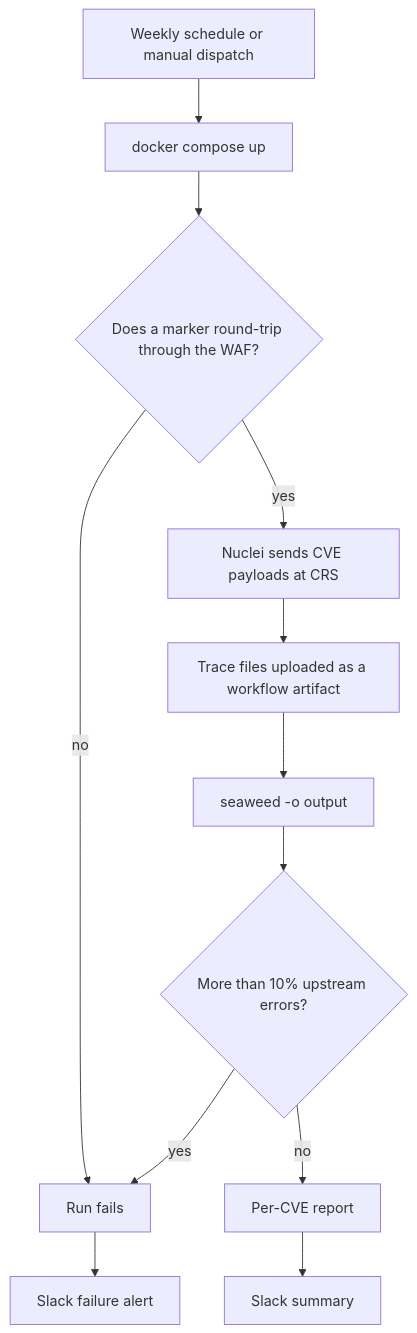
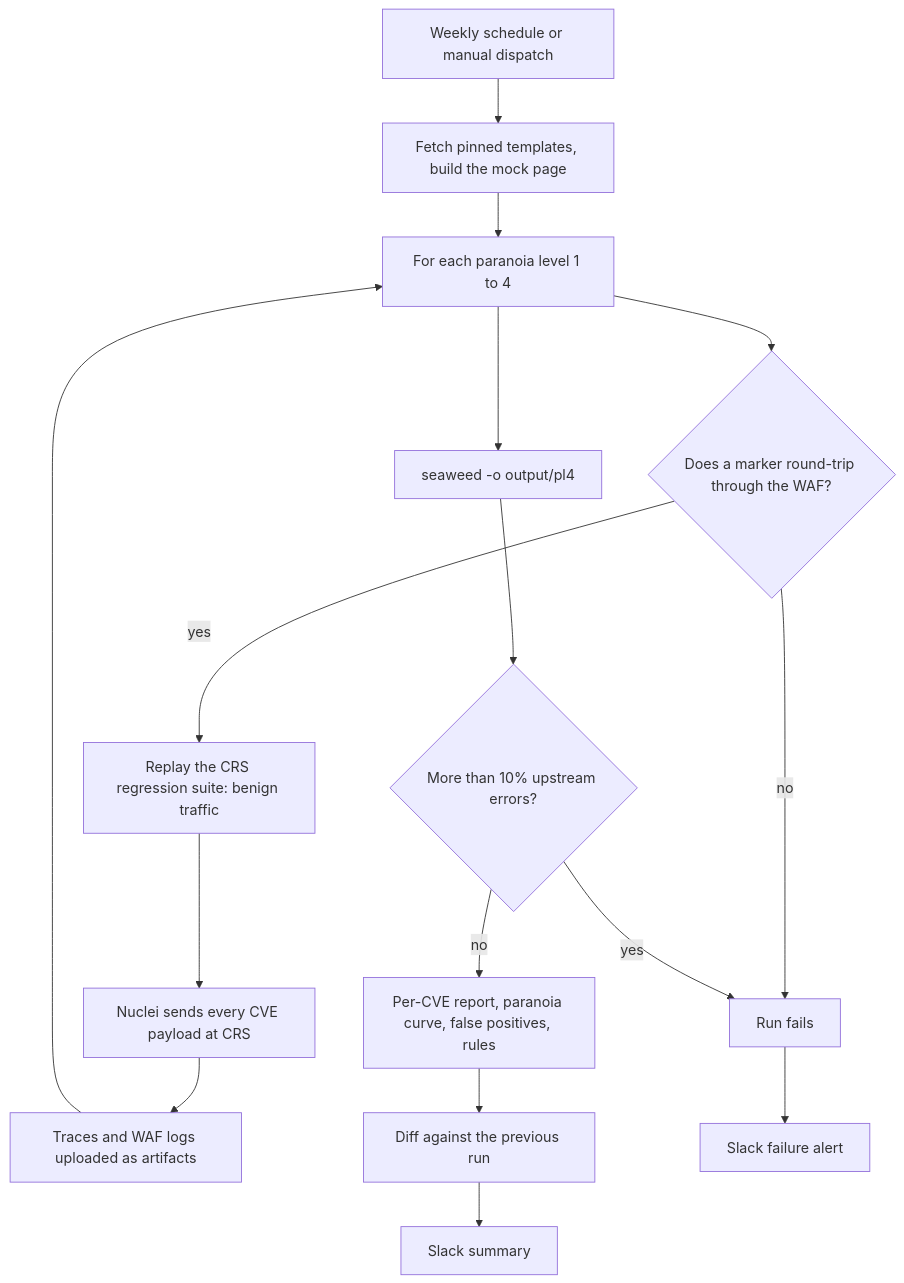
Before and after one commit to coreruleset/project-seaweed: the diagram in README.md, drawn with Mermaid. The commit also changed other lines of this file, not shown here.

````diff
--- a/README.md
+++ b/README.md
@@ -19,14 +17,18 @@
 ```mermaid
 flowchart TD
-    A[Weekly schedule or manual dispatch] --> B[docker compose up]
-    B --> C{Does a marker round-trip through the WAF?}
-    C -->|no| X[Run fails]
-    C -->|yes| D[Nuclei sends CVE payloads at CRS]
-    D --> E[Trace files uploaded as a workflow artifact]
-    E --> F[seaweed -o output]
-    F --> G{More than 10% upstream errors?}
-    G -->|yes| X
-    G -->|no| H[Per-CVE report]
-    H --> I[Slack summary]
-    X --> J[Slack failure alert]
+    A[Weekly schedule or manual dispatch] --> B[Fetch pinned templates, build the mock page]
+    B --> C[For each paranoia level 1 to 4]
+    C --> D{Does a marker round-trip through the WAF?}
+    D -->|no| X[Run fails]
+    D -->|yes| E[Replay the CRS regression suite: benign traffic]
+    E --> F[Nuclei sends every CVE payload at CRS]
+    F --> G[Traces and WAF logs uploaded as artifacts]
+    G --> C
+    C --> H[seaweed -o output/pl4]
+    H --> I{More than 10% upstream errors?}
+    I -->|yes| X
+    I -->|no| J[Per-CVE report, paranoia curve, false positives, rules]
+    J --> K[Diff against the previous run]
+    K --> L[Slack summary]
+    X --> M[Slack failure alert]
 ```
````
